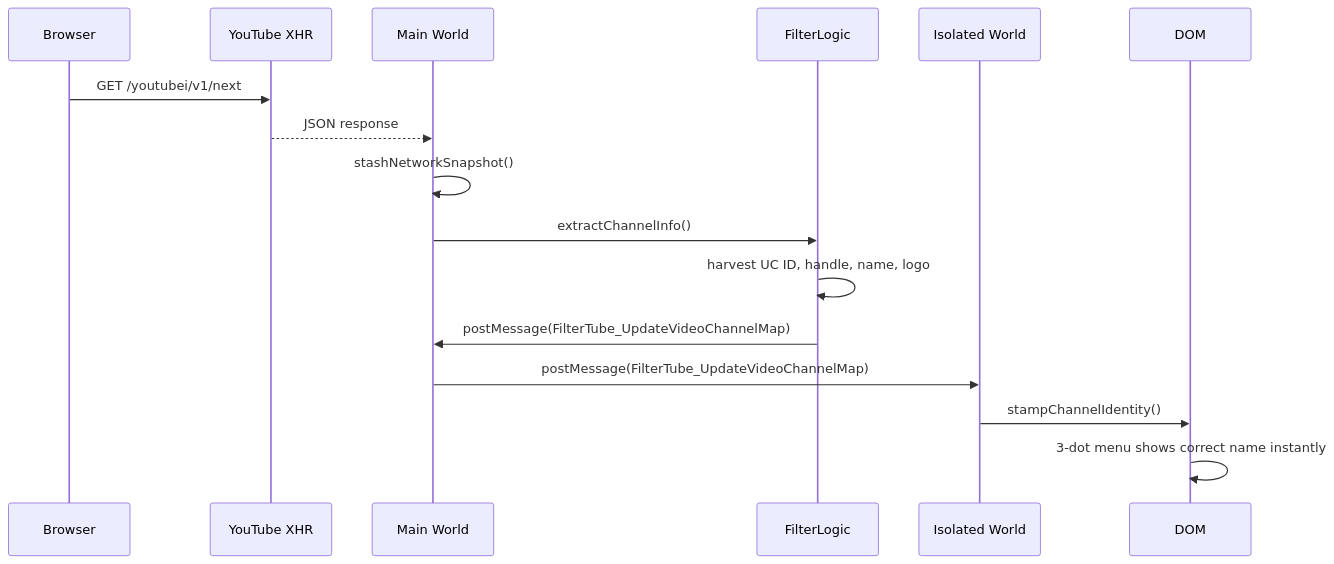
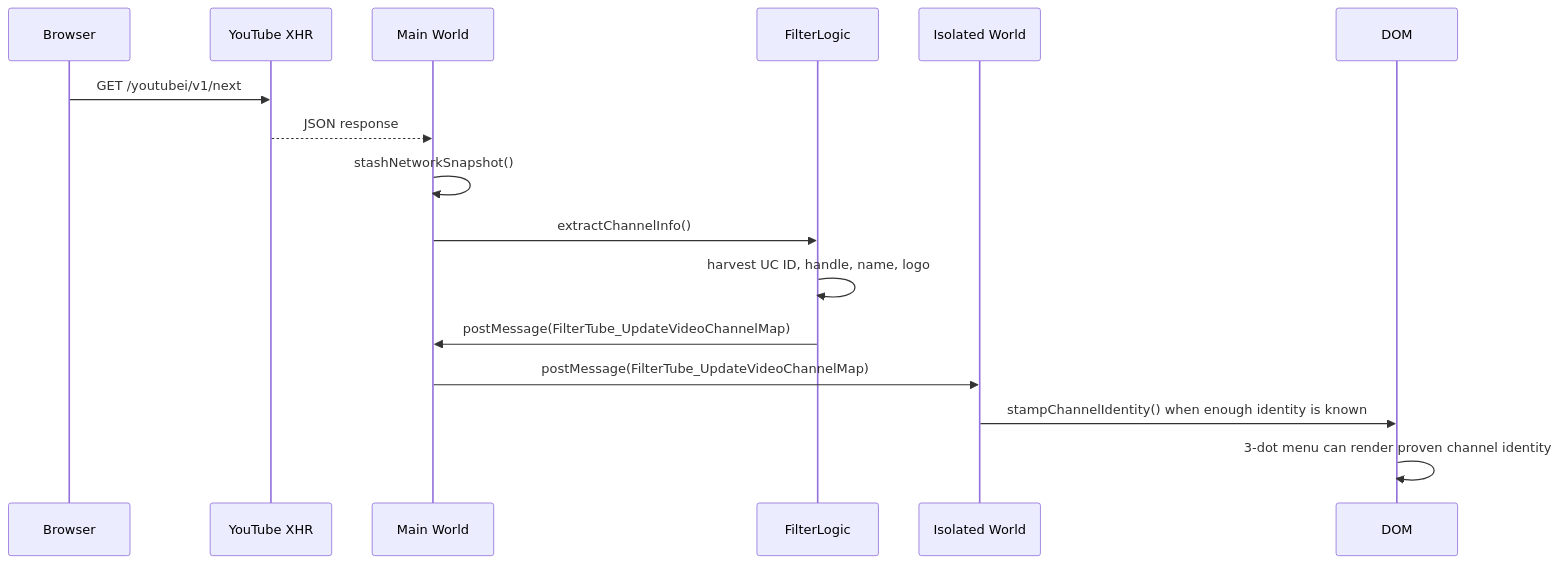
One commit to varshneydevansh/FilterTube changed the second of 2 diagrams in docs/NETWORK_REQUEST_PIPELINE.md. Above: the diagram before and after it, drawn with Mermaid. The commit also changed other lines of this file and 1145 other files, not shown here.

````diff
--- a/docs/NETWORK_REQUEST_PIPELINE.md
+++ b/docs/NETWORK_REQUEST_PIPELINE.md
@@ -71,19 +80,19 @@
 ```mermaid
 sequenceDiagram
     participant Browser as Browser
     participant XHR as YouTube XHR
     participant Main as Main World
     participant Filter as FilterLogic
     participant Isolated as Isolated World
     participant DOM as DOM
 
     Browser->>XHR: GET /youtubei/v1/next
     XHR-->>Main: JSON response
     Main->>Main: stashNetworkSnapshot()
     Main->>Filter: extractChannelInfo()
     Filter->>Filter: harvest UC ID, handle, name, logo
     Filter->>Main: postMessage(FilterTube_UpdateVideoChannelMap)
     Main->>Isolated: postMessage(FilterTube_UpdateVideoChannelMap)
-    Isolated->>DOM: stampChannelIdentity()
-    DOM->>DOM: 3-dot menu shows correct name instantly
+    Isolated->>DOM: stampChannelIdentity() when enough identity is known
+    DOM->>DOM: 3-dot menu can render proven channel identity
 ```
````
